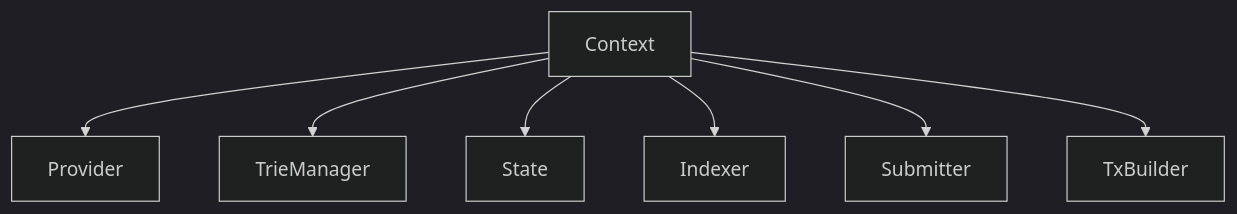
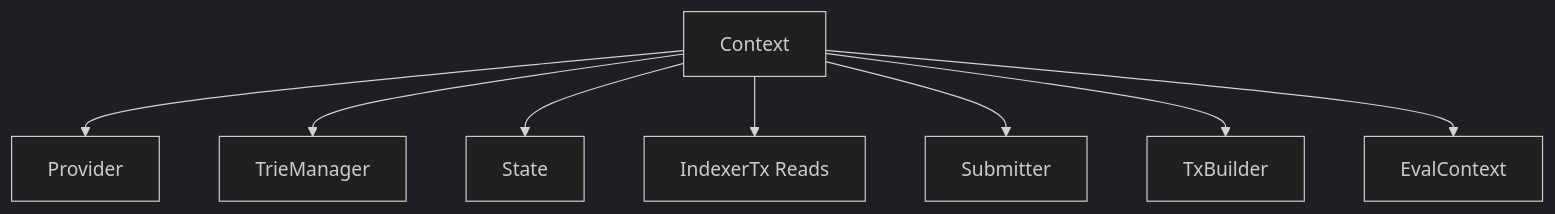
Before and after one commit to lambdasistemi/cardano-mpfs-offchain: the second of 2 diagrams in docs/architecture/singletons.md, drawn with Mermaid (dark theme). The commit also changed other lines of this file and 9 other files, not shown here.

````diff
--- a/docs/architecture/singletons.md
+++ b/docs/architecture/singletons.md
@@ -231,17 +290,19 @@
 ```mermaid
 graph TD
     CTX["Context"]
     PRV["Provider"]
     TM["TrieManager"]
     ST["State"]
-    IDX["Indexer"]
+    READS["IndexerTx Reads"]
     SUB["Submitter"]
     TXB["TxBuilder"]
+    EVAL["EvalContext"]
 
     CTX --> PRV
     CTX --> TM
     CTX --> ST
-    CTX --> IDX
+    CTX --> READS
     CTX --> SUB
     CTX --> TXB
+    CTX --> EVAL
 ```
````
